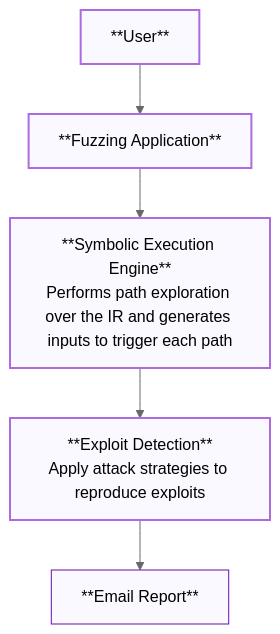
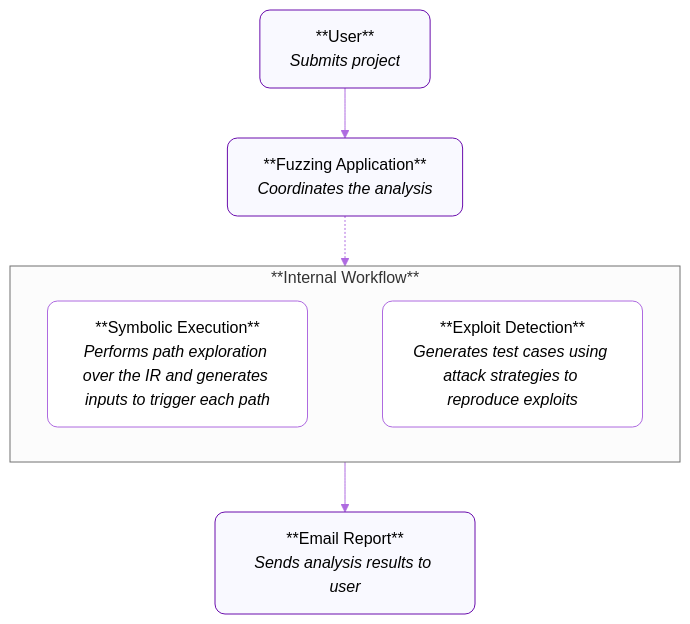
The first of 3 diagrams in docs/CLI/Fuzz Testing.md (olympix/olympix.github.io), drawn with Mermaid (neutral theme) before and after one commit. The commit also changed other lines of this file, not shown here.

Commit message:
#1082 Improving fuzzing workflow

````diff
--- a/docs/CLI/Fuzz Testing.md
+++ b/docs/CLI/Fuzz Testing.md
@@ -27,15 +28,26 @@
-``` mermaid
-    flowchart TD
-        %% Styles
-        classDef node fill:#f9f9ff,stroke:#6a0dad,stroke-width:1px;
-        classDef path stroke:#ae6ae0,stroke-width:2px;
+```mermaid
+flowchart TD
+    %% Styles
+    classDef node fill:#f9f9ff,stroke:#6a0dad,stroke-width:1px,rx:10,ry:10,color:#000;
+    classDef internal fill:#ffffff,stroke:#ae6ae0,stroke-width:1px,rx:10,ry:10,color:#000;
+    linkStyle default stroke:#ae6ae0,stroke-width:1px;
 
-        %% Nodes
-        A[**User**]:::node --> B[**Fuzzing Application**]:::node
-        B --> C[**Symbolic Execution Engine**<br/>Performs path exploration over the IR and generates inputs to trigger each path]:::node
-        C --> D[**Exploit Detection**<br/>Apply attack strategies to reproduce exploits]:::node
-        D --> E[**Email Report**]:::node
+    %% Nodes
+    A[**User**<br/><i>Submits project</i>]:::node --> 
+    B[**Fuzzing Application**<br/><i>Coordinates the analysis</i>]:::node -.-> Internal
 
-        %% Paths
-        class A,B,C,D path;
-```   
+    subgraph Internal["**Internal Workflow**"]
+        direction LR
+        C[**Symbolic Execution**<br/><i>Performs path exploration over the IR and generates inputs to trigger each path</i>]:::internal ---
+        D[**Exploit Detection**<br/><i>Generates test cases using attack strategies to reproduce exploits</i>]:::internal
+    end
+
+    Internal --> E[**Email Report**<br/><i>Sends analysis results to user</i>]:::node
+
+    %% Assign classes
+    class A,B,E node
+    class C,D internal
+
+    %% Hide the internal dotted link
+    linkStyle 2 stroke-width:0px,fill:none;
+```
````
